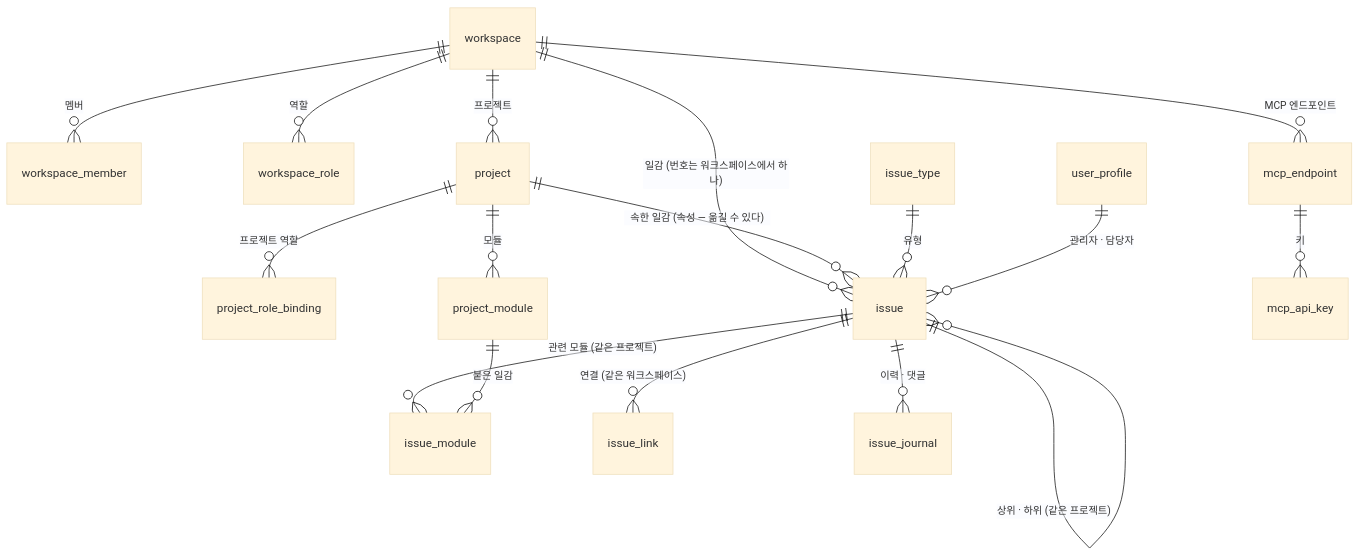
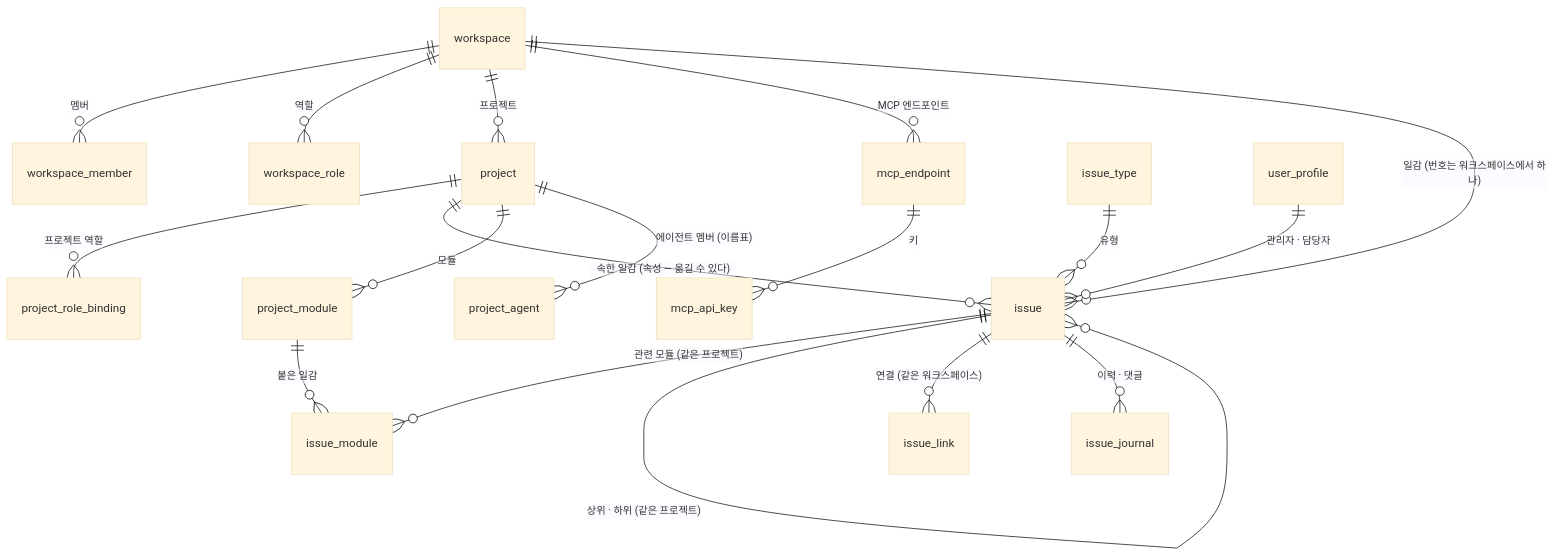
The diagram in docs/design/02-data-model.md (Gnori/moai-works), drawn with Mermaid (base theme) before and after one commit. The commit also changed other lines of this file and 12 other files, not shown here.

````diff
--- a/docs/design/02-data-model.md
+++ b/docs/design/02-data-model.md
@@ -70,19 +71,20 @@
 ```mermaid
 erDiagram
     workspace ||--o{ workspace_member : "멤버"
     workspace ||--o{ workspace_role : "역할"
     workspace ||--o{ project : "프로젝트"
     workspace ||--o{ mcp_endpoint : "MCP 엔드포인트"
     project ||--o{ project_role_binding : "프로젝트 역할"
     workspace ||--o{ issue : "일감 (번호는 워크스페이스에서 하나)"
     project ||--o{ issue : "속한 일감 (속성 — 옮길 수 있다)"
     project ||--o{ project_module : "모듈"
+    project ||--o{ project_agent : "에이전트 멤버 (이름표)"
     issue ||--o{ issue_module : "관련 모듈 (같은 프로젝트)"
     project_module ||--o{ issue_module : "붙은 일감"
     issue_type ||--o{ issue : "유형"
     issue ||--o{ issue : "상위 · 하위 (같은 프로젝트)"
     issue ||--o{ issue_link : "연결 (같은 워크스페이스)"
     issue ||--o{ issue_journal : "이력 · 댓글"
     user_profile ||--o{ issue : "관리자 · 담당자"
     mcp_endpoint ||--o{ mcp_api_key : "키"
 ```
````
